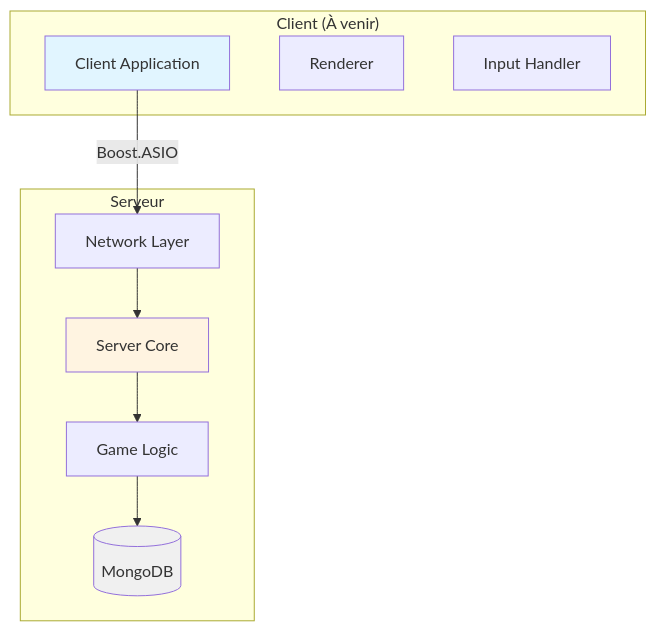
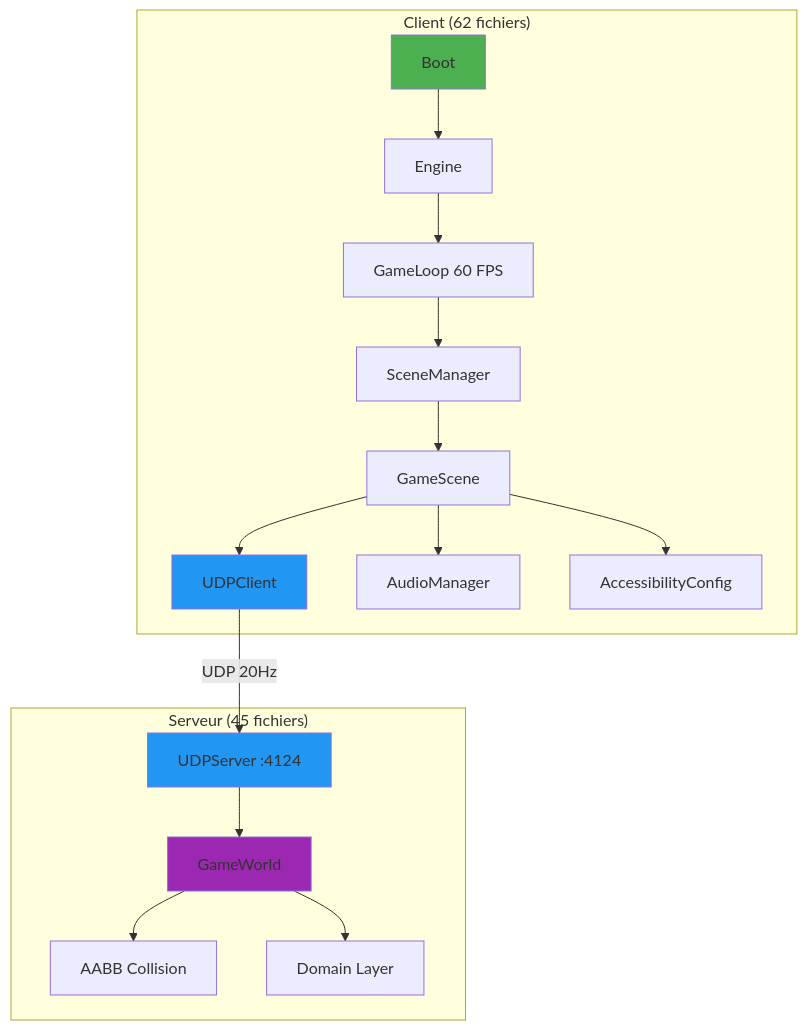
Before and after one commit to ChrisG-L/rtype: the first of 6 diagrams in docs/guides/architecture.md, drawn with Mermaid. The commit also changed other lines of this file and 7 other files, not shown here.

````diff
--- a/docs/guides/architecture.md
+++ b/docs/guides/architecture.md
@@ -48,24 +57,26 @@
 ```mermaid
 graph TB
-    subgraph "Client (À venir)"
-        CL[Client Application]
-        CR[Renderer]
-        CI[Input Handler]
+    subgraph "Client (62 fichiers)"
+        Boot[Boot] --> Engine
+        Engine --> GameLoop[GameLoop 60 FPS]
+        GameLoop --> SceneManager
+        SceneManager --> GameScene
+        GameScene --> UDPClient
+        GameScene --> AudioManager
+        GameScene --> AccessConfig[AccessibilityConfig]
     end
 
-    subgraph "Serveur"
-        SRV[Server Core]
-        NET[Network Layer]
-        GAME[Game Logic]
-        DB[(MongoDB)]
+    subgraph "Serveur (45 fichiers)"
+        UDPServer[UDPServer :4124]
+        UDPServer --> GameWorld
+        GameWorld --> Collision[AABB Collision]
+        GameWorld --> Domain[Domain Layer]
     end
 
-    CL -->|Boost.ASIO| NET
-    NET --> SRV
-    SRV --> GAME
-    GAME --> DB
+    UDPClient -->|UDP 20Hz| UDPServer
 
-    style CL fill:#e1f5ff
-    style SRV fill:#fff4e1
-    style DB fill:#f0f0f0
+    style Boot fill:#4CAF50
+    style UDPClient fill:#2196F3
+    style UDPServer fill:#2196F3
+    style GameWorld fill:#9C27B0
 ```
````
